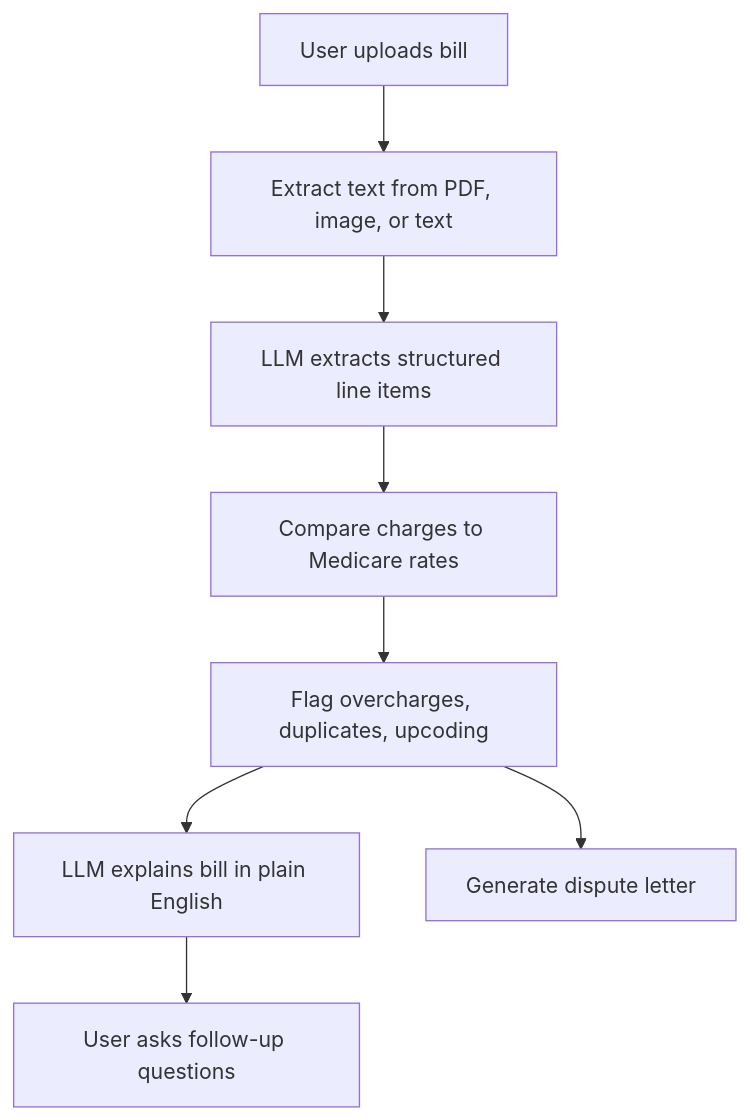
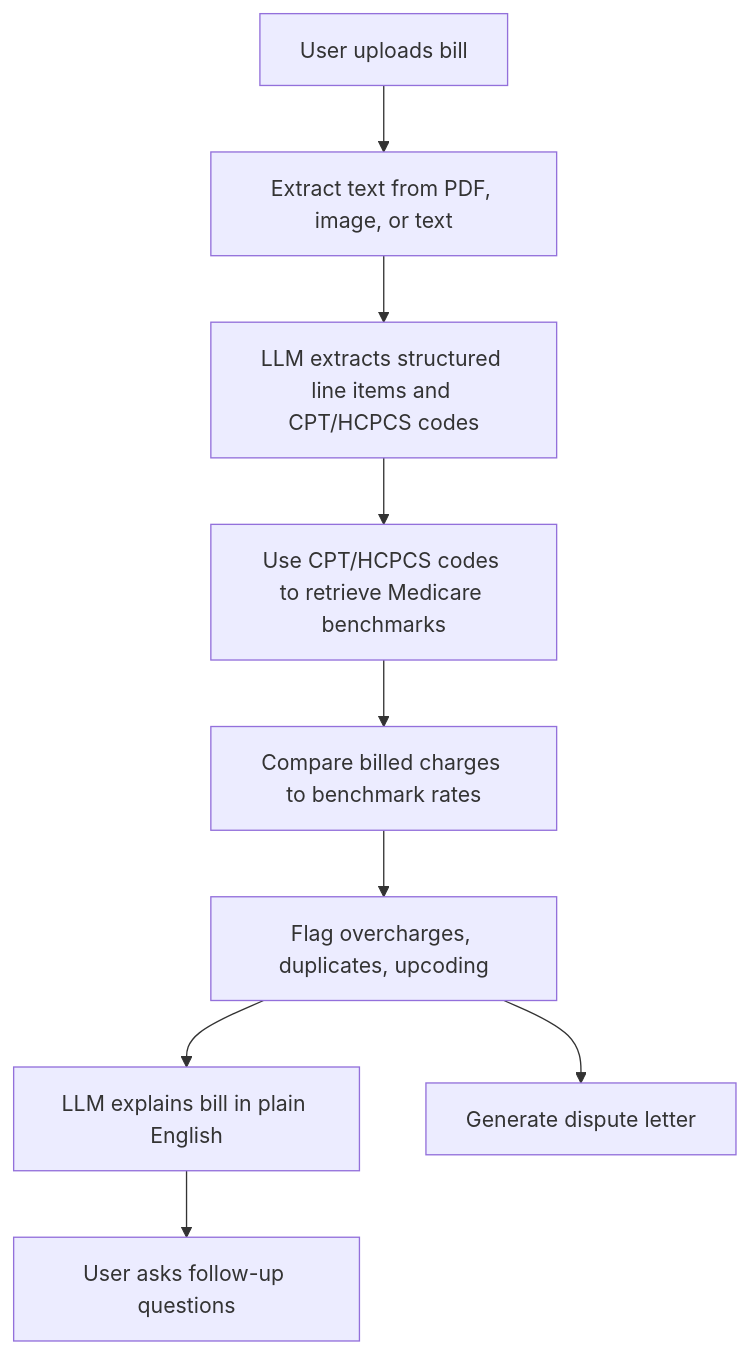
Before and after one commit to Paulina-V/cs372-final-project: the diagram in README.md, drawn with Mermaid. The commit also changed other lines of this file and 56 other files, not shown here.

````diff
--- a/README.md
+++ b/README.md
@@ -13,10 +13,11 @@
 ```mermaid
 flowchart TD
     uploadBill["User uploads bill"] --> extractText["Extract text from PDF, image, or text"]
-    extractText --> extractCodes["LLM extracts structured line items"]
-    extractCodes --> compareRates["Compare charges to Medicare rates"]
+    extractText --> extractCodes["LLM extracts structured line items and CPT/HCPCS codes"]
+    extractCodes --> codeLookup["Use CPT/HCPCS codes to retrieve Medicare benchmarks"]
+    codeLookup --> compareRates["Compare billed charges to benchmark rates"]
     compareRates --> detectFlags["Flag overcharges, duplicates, upcoding"]
     detectFlags --> explainBill["LLM explains bill in plain English"]
     explainBill --> chat["User asks follow-up questions"]
     detectFlags --> dispute["Generate dispute letter"]
 ```
````
